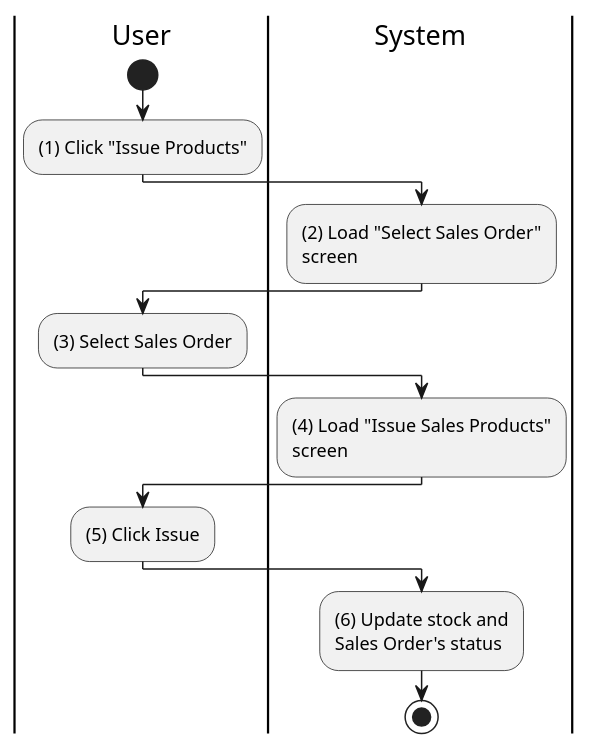
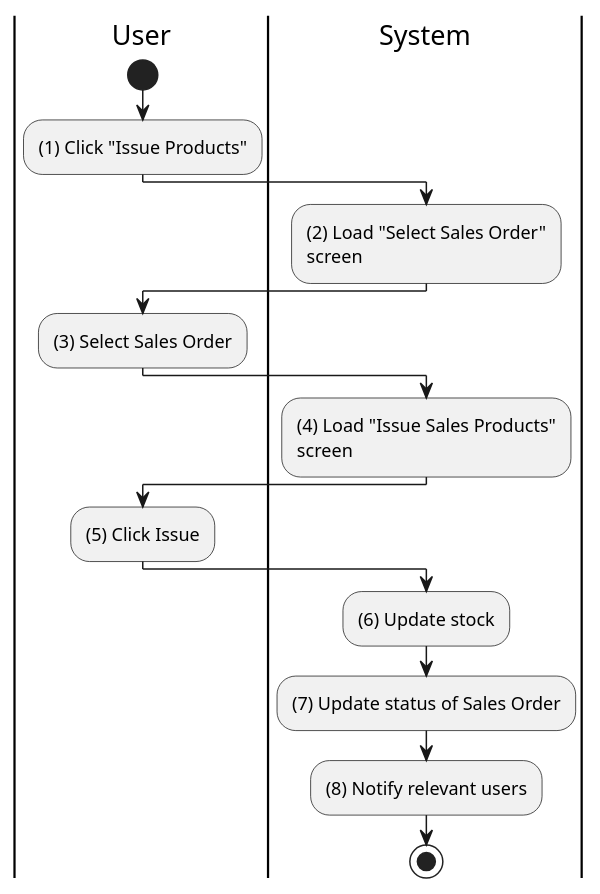
Before and after one commit to phihungha/SE357-Practice-class: the diagram in Lab1/Lab1.2/activities/inventory-product-issue.plantuml, drawn with PlantUML. The commit also changed 21 other files, not shown here.

Commit message:
Finalize activity diagram

```diff
--- a/Lab1/Lab1.2/activities/inventory-product-issue.plantuml
+++ b/Lab1/Lab1.2/activities/inventory-product-issue.plantuml
@@ -1,24 +1,26 @@
 @startuml inventory-product-issue
 |u|User
 |s|System
 
 |u|
 start
 :(1) Click "Issue Products";
 
 |s|
 :(2) Load "Select Sales Order"\nscreen;
 
 |u|
 :(3) Select Sales Order;
 
 |s|
 :(4) Load "Issue Sales Products"\nscreen;
 
 |u|
 :(5) Click Issue;
 
 |s|
-:(6) Update stock and\nSales Order's status;
+:(6) Update stock;
+:(7) Update status of Sales Order;
+:(8) Notify relevant users;
 stop
 @enduml
```
